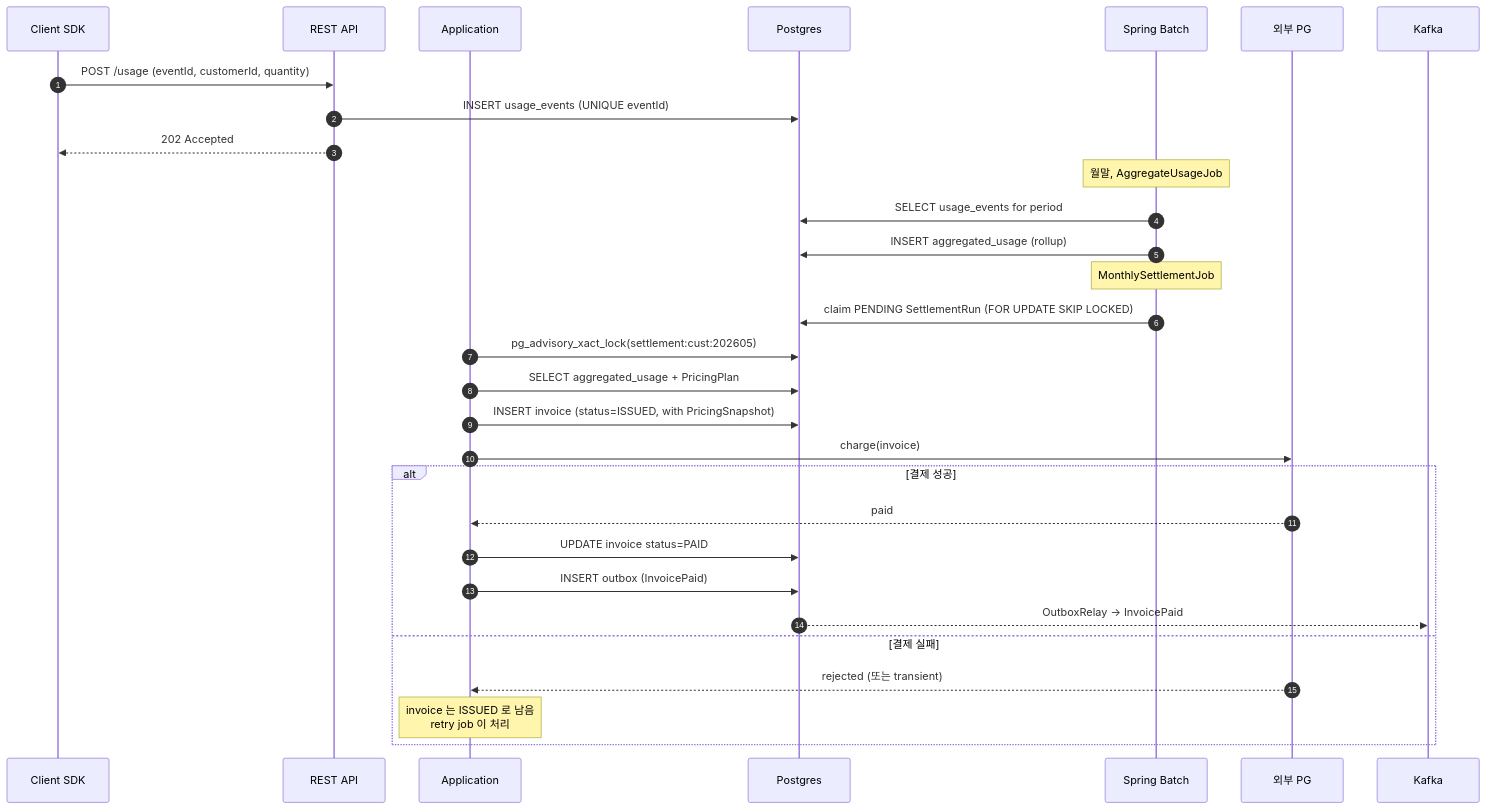
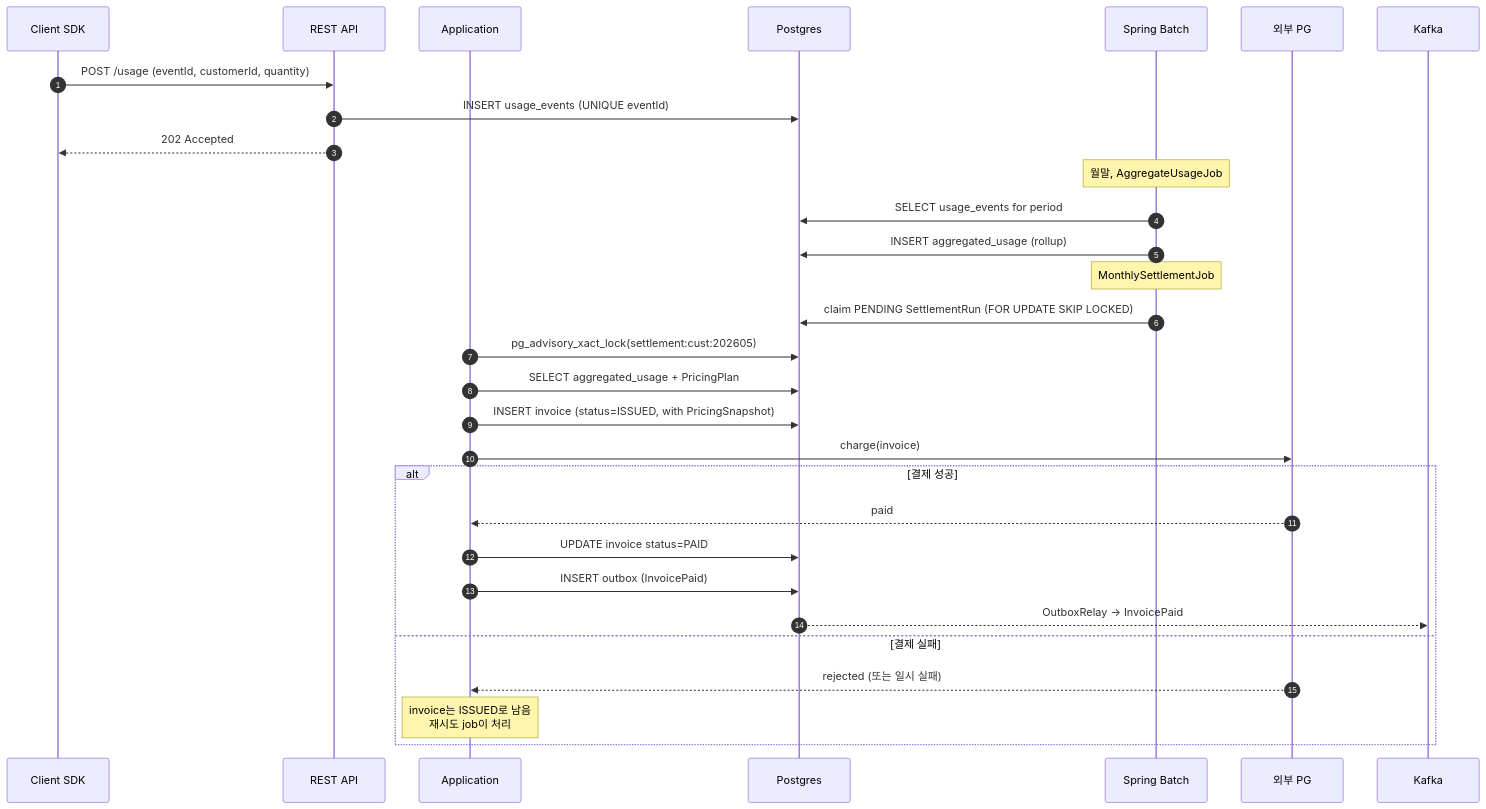
One commit to ssa1004/billing-platform changed the first of 2 diagrams in README.md. Above: the diagram before and after it, drawn with Mermaid. The commit also changed other lines of this file and 37 other files, not shown here.

````diff
--- a/README.md
+++ b/README.md
@@ -59,35 +60,35 @@
 ```mermaid
 sequenceDiagram
     autonumber
     participant SDK as Client SDK
     participant API as REST API
     participant App as Application
     participant DB as Postgres
     participant Batch as Spring Batch
     participant PG as 외부 PG
     participant K as Kafka
 
     SDK->>API: POST /usage (eventId, customerId, quantity)
     API->>DB: INSERT usage_events (UNIQUE eventId)
     API-->>SDK: 202 Accepted
 
     Note over Batch: 월말, AggregateUsageJob
     Batch->>DB: SELECT usage_events for period
     Batch->>DB: INSERT aggregated_usage (rollup)
 
     Note over Batch: MonthlySettlementJob
     Batch->>DB: claim PENDING SettlementRun (FOR UPDATE SKIP LOCKED)
     App->>DB: pg_advisory_xact_lock(settlement:cust:202605)
     App->>DB: SELECT aggregated_usage + PricingPlan
     App->>DB: INSERT invoice (status=ISSUED, with PricingSnapshot)
     App->>PG: charge(invoice)
     alt 결제 성공
         PG-->>App: paid
         App->>DB: UPDATE invoice status=PAID
         App->>DB: INSERT outbox (InvoicePaid)
         DB-->>K: OutboxRelay → InvoicePaid
     else 결제 실패
-        PG-->>App: rejected (또는 transient)
-        Note over App: invoice 는 ISSUED 로 남음<br/>retry job 이 처리
+        PG-->>App: rejected (또는 일시 실패)
+        Note over App: invoice는 ISSUED로 남음<br/>재시도 job이 처리
     end
 ```
````
